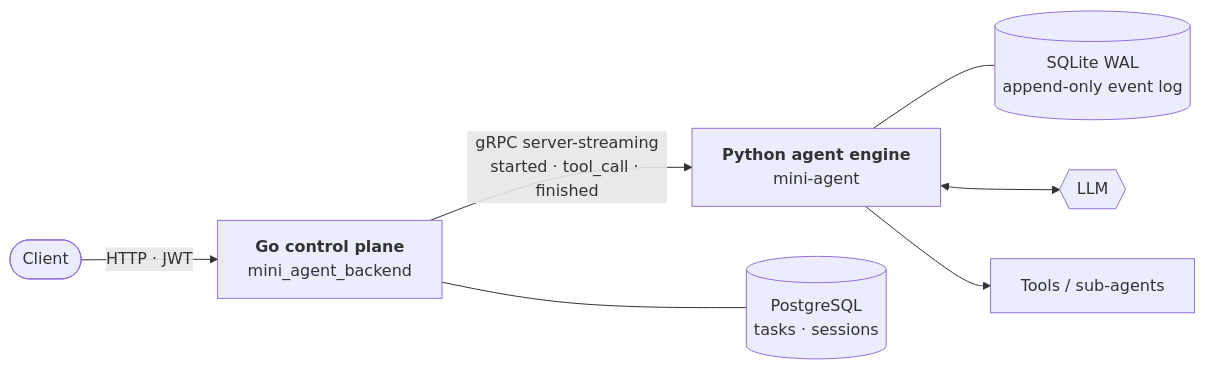
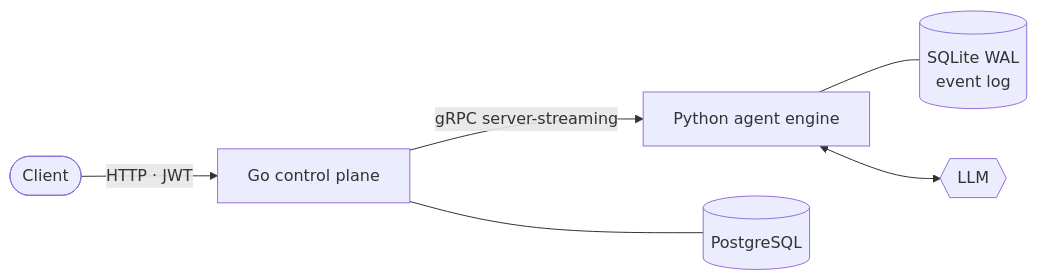
One commit to Jepson-Wang/Jepson-Wang changed the diagram in README.md. Above: the diagram before and after it, drawn with Mermaid. The commit also changed other lines of this file and 1 other file, not shown here.

````diff
--- a/README.md
+++ b/README.md
@@ -50,9 +34,8 @@
 ```mermaid
 flowchart LR
-    U([Client]) -- "HTTP · JWT" --> B["<b>Go control plane</b><br/>mini_agent_backend"]
-    B -- "gRPC server-streaming<br/>started · tool_call · finished" --> A["<b>Python agent engine</b><br/>mini-agent"]
-    B --- PG[("PostgreSQL<br/>tasks · sessions")]
-    A --- S[("SQLite WAL<br/>append-only event log")]
+    U([Client]) -- "HTTP · JWT" --> B["Go control plane"]
+    B -- "gRPC server-streaming" --> A["Python agent engine"]
+    B --- PG[("PostgreSQL")]
+    A --- S[("SQLite WAL<br/>event log")]
     A <--> L{{LLM}}
-    A --> T[Tools / sub-agents]
 ```
````
